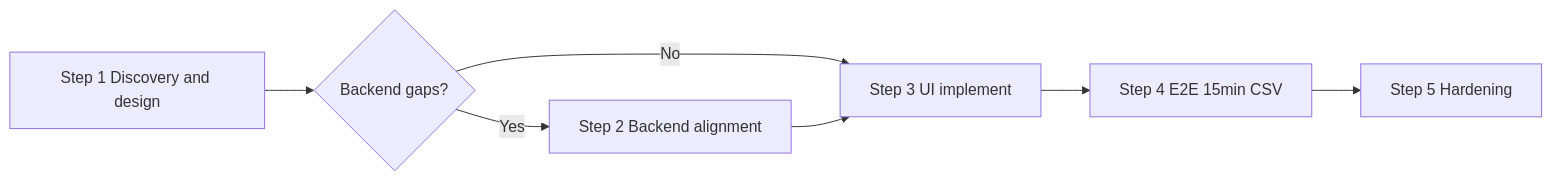
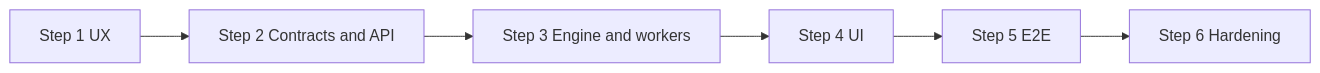
One commit to alam2310/viana-core changed the diagram in docs/steps/PLAN.md. Above: the diagram before and after it, drawn with Mermaid. The commit also changed other lines of this file and 27 other files, not shown here.

````diff
--- a/docs/steps/PLAN.md
+++ b/docs/steps/PLAN.md
@@ -26,9 +25,8 @@
 ```mermaid
 flowchart LR
-    S1[Step 1 Discovery and design] --> G{Backend gaps?}
-    G -->|Yes| S2[Step 2 Backend alignment]
-    G -->|No| S3[Step 3 UI implement]
-    S2 --> S3
-    S3 --> S4[Step 4 E2E 15min CSV]
-    S4 --> S5[Step 5 Hardening]
+    S1[Step 1 UX] --> S2[Step 2 Contracts and API]
+    S2 --> S3[Step 3 Engine and workers]
+    S3 --> S4[Step 4 UI]
+    S4 --> S5[Step 5 E2E]
+    S5 --> S6[Step 6 Hardening]
 ```
````
